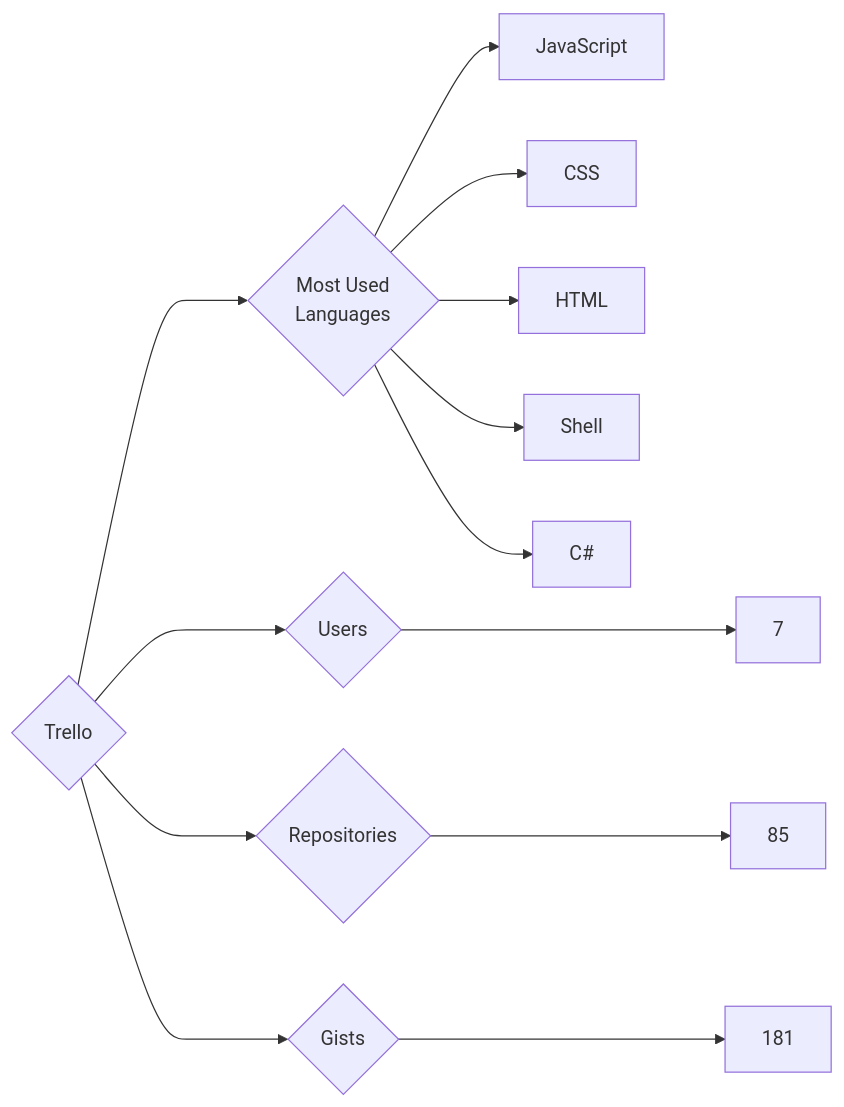
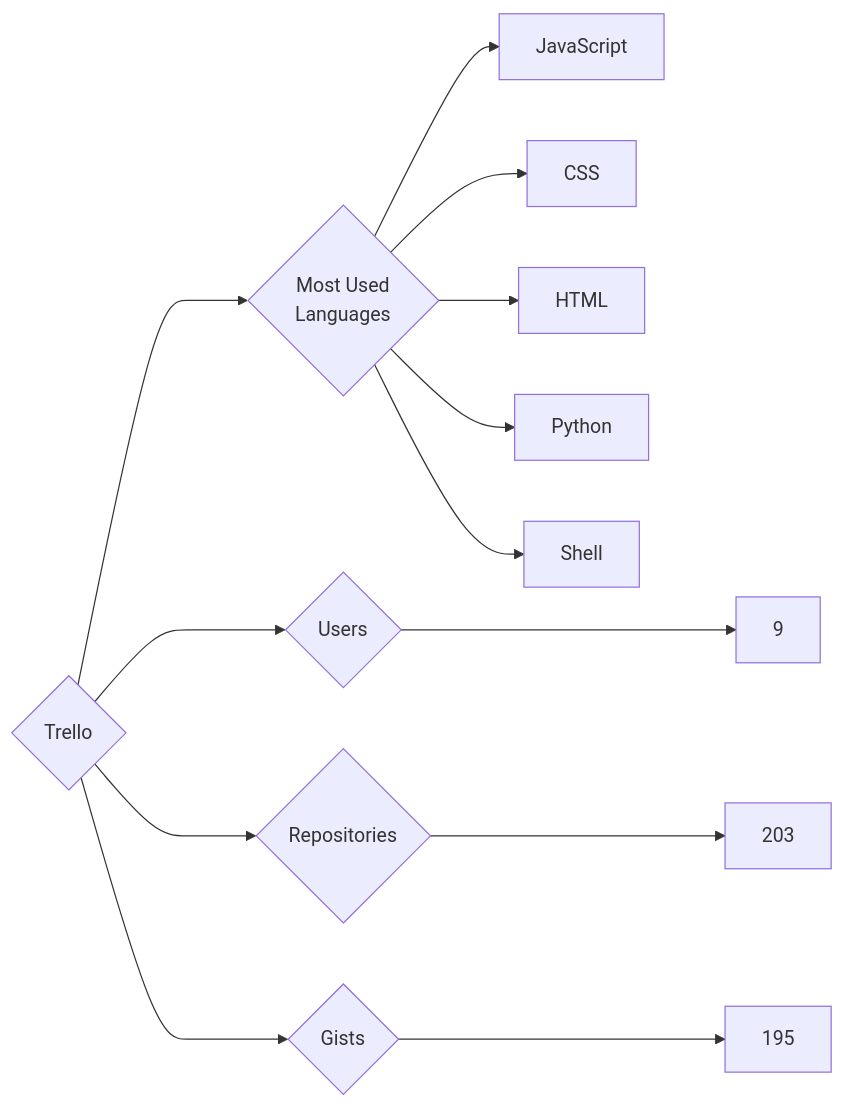
One commit to trickest/insiders changed the diagram in targets/Trello/README.md. Above: the diagram before and after it, drawn with Mermaid. The commit also changed 953 other files, not shown here.

````diff
--- a/targets/Trello/README.md
+++ b/targets/Trello/README.md
@@ -3,13 +3,13 @@
 ```mermaid
 graph LR
 COMPANY_NAME{Trello}
-COMPANY_NAME ---> U{Users} ---> UN[7]
-COMPANY_NAME ---> R{Repositories} ---> RN[85]
-COMPANY_NAME ---> G{Gists} ---> GN[181]
+COMPANY_NAME ---> U{Users} ---> UN[9]
+COMPANY_NAME ---> R{Repositories} ---> RN[203]
+COMPANY_NAME ---> G{Gists} ---> GN[195]
 COMPANY_NAME ---> ML{Most Used<br>Languages}
 ML --> JavaScript[JavaScript]
 ML --> CSS[CSS]
 ML --> HTML[HTML]
+ML --> Python[Python]
 ML --> Shell[Shell]
-ML --> C#[C#]
 ```
````
